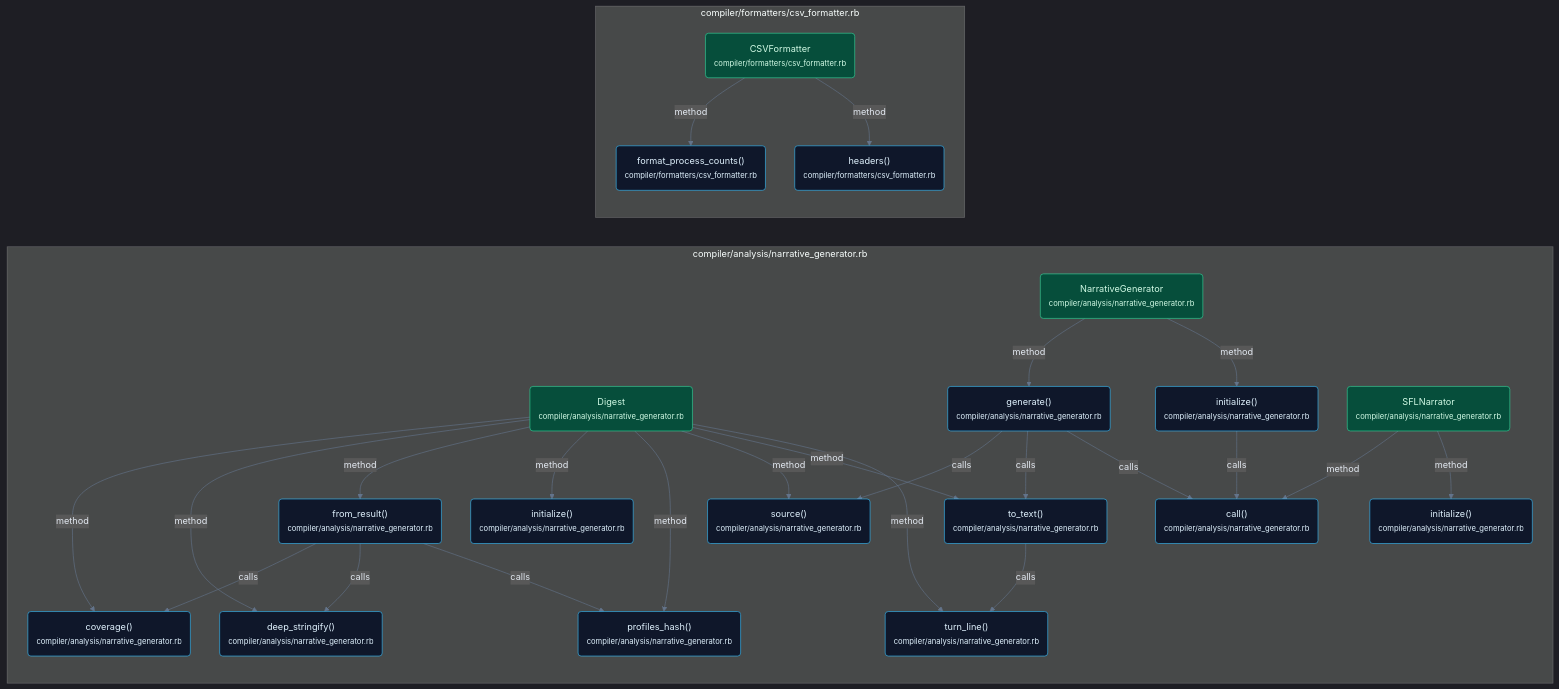
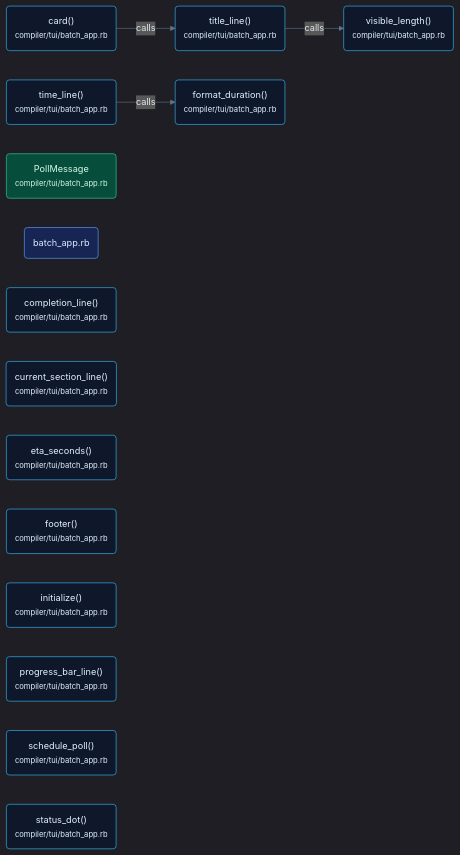
One commit to b08x/ruby-sfl-compiler changed the diagram in docs/diagrams/callflow_9.mmd. Above: the diagram before and after it, drawn with Mermaid. The commit also changed 26 other files, not shown here.

First line of the commit message:
📝 docs: document modules, update architecture and roadmap

```diff
--- a/docs/diagrams/callflow_9.mmd
+++ b/docs/diagrams/callflow_9.mmd
@@ -1,75 +1,45 @@
 %%{init: {"theme": "dark", "themeVariables": {"fontSize": "15.0px", "fontFamily": "Segoe UI, system-ui, sans-serif", "primaryColor": "#1e293b", "primaryTextColor": "#e2e8f0", "primaryBorderColor": "#38bdf8", "secondaryColor": "#0f172a", "tertiaryColor": "#334155", "lineColor": "#64748b", "textColor": "#e2e8f0"}, "flowchart": {"htmlLabels": true, "curve": "basis", "nodeSpacing": 48, "rankSpacing": 64, "padding": 14, "diagramPadding": 10, "useMaxWidth": true}}}%%
 flowchart LR
-    %% Section: Conversation Analysis (27 nodes, 37 edges)
-    subgraph conversation_analysis_compiler_analysis_narrativ_4453dc56["compiler/analysis/narrative_generator.rb"]
-        analysis_narrative_generator_digest_de4de09b("Digest<br/><small>compiler/analysis/narrative_generator.rb</small>")
-        analysis_narrative_generator_digest_from_result_25a0b57f("from_result()<br/><small>compiler/analysis/narrative_generator.rb</small>")
-        analysis_narrative_generator_narrativegenerator_c8f33c62("generate()<br/><small>compiler/analysis/narrative_generator.rb</small>")
-        analysis_narrative_generator_narrativegenerator_faf2d70e("NarrativeGenerator<br/><small>compiler/analysis/narrative_generator.rb</small>")
-        analysis_narrative_generator_sflnarrator_2b7404e6("SFLNarrator<br/><small>compiler/analysis/narrative_generator.rb</small>")
-        analysis_narrative_generator_narrativegenerator_f8107ada("initialize()<br/><small>compiler/analysis/narrative_generator.rb</small>")
-        analysis_narrative_generator_sflnarrator_call_3518a2d2("call()<br/><small>compiler/analysis/narrative_generator.rb</small>")
-        analysis_narrative_generator_digest_source_c5591de9("source()<br/><small>compiler/analysis/narrative_generator.rb</small>")
-        analysis_narrative_generator_digest_to_text_ec47dea8("to_text()<br/><small>compiler/analysis/narrative_generator.rb</small>")
-        analysis_narrative_generator_digest_coverage_c23d0b19("coverage()<br/><small>compiler/analysis/narrative_generator.rb</small>")
-        analysis_narrative_generator_digest_deep_stringi_45daccf7("deep_stringify()<br/><small>compiler/analysis/narrative_generator.rb</small>")
-        analysis_narrative_generator_digest_initialize_09b676aa("initialize()<br/><small>compiler/analysis/narrative_generator.rb</small>")
-        analysis_narrative_generator_digest_profiles_has_41c5ffb4("profiles_hash()<br/><small>compiler/analysis/narrative_generator.rb</small>")
-        analysis_narrative_generator_digest_turn_line_d825a90e("turn_line()<br/><small>compiler/analysis/narrative_generator.rb</small>")
-        analysis_narrative_generator_sflnarrator_initial_c3df9c83("initialize()<br/><small>compiler/analysis/narrative_generator.rb</small>")
-    end
-    subgraph conversation_analysis_compiler_formatters_csv_fo_969c9aac["compiler/formatters/csv_formatter.rb"]
-        formatters_csv_formatter_csvformatter_3f1012c3("CSVFormatter<br/><small>compiler/formatters/csv_formatter.rb</small>")
-        formatters_csv_formatter_csvformatter_format_pro_e1c31950("format_process_counts()<br/><small>compiler/formatters/csv_formatter.rb</small>")
-        formatters_csv_formatter_csvformatter_headers_eaec50ca("headers()<br/><small>compiler/formatters/csv_formatter.rb</small>")
-    end
-    analysis_narrative_generator_narrativegenerator_faf2d70e -->|method| analysis_narrative_generator_narrativegenerator_c8f33c62
-    analysis_narrative_generator_narrativegenerator_faf2d70e -->|method| analysis_narrative_generator_narrativegenerator_f8107ada
-    analysis_narrative_generator_narrativegenerator_f8107ada -->|calls| analysis_narrative_generator_sflnarrator_call_3518a2d2
-    analysis_narrative_generator_narrativegenerator_c8f33c62 -->|calls| analysis_narrative_generator_digest_source_c5591de9
-    analysis_narrative_generator_narrativegenerator_c8f33c62 -->|calls| analysis_narrative_generator_digest_to_text_ec47dea8
-    analysis_narrative_generator_narrativegenerator_c8f33c62 -->|calls| analysis_narrative_generator_sflnarrator_call_3518a2d2
-    analysis_narrative_generator_digest_de4de09b -->|method| analysis_narrative_generator_digest_coverage_c23d0b19
-    analysis_narrative_generator_digest_de4de09b -->|method| analysis_narrative_generator_digest_deep_stringi_45daccf7
-    analysis_narrative_generator_digest_de4de09b -->|method| analysis_narrative_generator_digest_from_result_25a0b57f
-    analysis_narrative_generator_digest_de4de09b -->|method| analysis_narrative_generator_digest_initialize_09b676aa
-    analysis_narrative_generator_digest_de4de09b -->|method| analysis_narrative_generator_digest_profiles_has_41c5ffb4
-    analysis_narrative_generator_digest_de4de09b -->|method| analysis_narrative_generator_digest_source_c5591de9
-    analysis_narrative_generator_digest_de4de09b -->|method| analysis_narrative_generator_digest_to_text_ec47dea8
-    analysis_narrative_generator_digest_de4de09b -->|method| analysis_narrative_generator_digest_turn_line_d825a90e
-    analysis_narrative_generator_digest_from_result_25a0b57f -->|calls| analysis_narrative_generator_digest_coverage_c23d0b19
-    analysis_narrative_generator_digest_from_result_25a0b57f -->|calls| analysis_narrative_generator_digest_deep_stringi_45daccf7
-    analysis_narrative_generator_digest_from_result_25a0b57f -->|calls| analysis_narrative_generator_digest_profiles_has_41c5ffb4
-    analysis_narrative_generator_digest_to_text_ec47dea8 -->|calls| analysis_narrative_generator_digest_turn_line_d825a90e
-    analysis_narrative_generator_sflnarrator_2b7404e6 -->|method| analysis_narrative_generator_sflnarrator_call_3518a2d2
-    analysis_narrative_generator_sflnarrator_2b7404e6 -->|method| analysis_narrative_generator_sflnarrator_initial_c3df9c83
-    formatters_csv_formatter_csvformatter_3f1012c3 -->|method| formatters_csv_formatter_csvformatter_format_pro_e1c31950
-    formatters_csv_formatter_csvformatter_3f1012c3 -->|method| formatters_csv_formatter_csvformatter_headers_eaec50ca
-    %% Omitted for readability: 9 nodes, 0 edges
-    class analysis_narrative_generator_digest_de4de09b klass;
-    class analysis_narrative_generator_digest_from_result_25a0b57f function;
-    class analysis_narrative_generator_narrativegenerator_c8f33c62 function;
-    class analysis_narrative_generator_narrativegenerator_faf2d70e klass;
-    class analysis_narrative_generator_sflnarrator_2b7404e6 klass;
-    class analysis_narrative_generator_narrativegenerator_f8107ada function;
-    class analysis_narrative_generator_sflnarrator_call_3518a2d2 function;
-    class analysis_narrative_generator_digest_source_c5591de9 function;
-    class analysis_narrative_generator_digest_to_text_ec47dea8 function;
-    class analysis_narrative_generator_digest_coverage_c23d0b19 function;
-    class analysis_narrative_generator_digest_deep_stringi_45daccf7 function;
-    class analysis_narrative_generator_digest_initialize_09b676aa function;
-    class analysis_narrative_generator_digest_profiles_has_41c5ffb4 function;
-    class analysis_narrative_generator_digest_turn_line_d825a90e function;
-    class analysis_narrative_generator_sflnarrator_initial_c3df9c83 function;
-    class formatters_csv_formatter_csvformatter_3f1012c3 klass;
-    class formatters_csv_formatter_csvformatter_format_pro_e1c31950 function;
-    class formatters_csv_formatter_csvformatter_headers_eaec50ca function;
+    %% Section: Types & Structs (15 nodes, 17 edges)
+    tui_batch_app_card_31584312("card()<br/><small>compiler/tui/batch_app.rb</small>")
+    tui_batch_app_time_line_8bf791e9("time_line()<br/><small>compiler/tui/batch_app.rb</small>")
+    tui_batch_app_title_line_945d47a5("title_line()<br/><small>compiler/tui/batch_app.rb</small>")
+    tui_batch_app_visible_length_3d00c07a("visible_length()<br/><small>compiler/tui/batch_app.rb</small>")
+    tui_batch_app_format_duration_0432e9fa("format_duration()<br/><small>compiler/tui/batch_app.rb</small>")
+    tui_batch_app_pollmessage_4460bc49("PollMessage<br/><small>compiler/tui/batch_app.rb</small>")
+    tui_batch_app_9c8cec9d("batch_app.rb")
+    tui_batch_app_completion_line_81b790ed("completion_line()<br/><small>compiler/tui/batch_app.rb</small>")
+    tui_batch_app_current_section_line_e0e07588("current_section_line()<br/><small>compiler/tui/batch_app.rb</small>")
+    tui_batch_app_eta_seconds_8cb850af("eta_seconds()<br/><small>compiler/tui/batch_app.rb</small>")
+    tui_batch_app_footer_5de954a8("footer()<br/><small>compiler/tui/batch_app.rb</small>")
+    tui_batch_app_initialize_a508b62f("initialize()<br/><small>compiler/tui/batch_app.rb</small>")
+    tui_batch_app_progress_bar_line_c11c8262("progress_bar_line()<br/><small>compiler/tui/batch_app.rb</small>")
+    tui_batch_app_schedule_poll_17cbfdc1("schedule_poll()<br/><small>compiler/tui/batch_app.rb</small>")
+    tui_batch_app_status_dot_ba537994("status_dot()<br/><small>compiler/tui/batch_app.rb</small>")
+    tui_batch_app_card_31584312 -->|calls| tui_batch_app_title_line_945d47a5
+    tui_batch_app_title_line_945d47a5 -->|calls| tui_batch_app_visible_length_3d00c07a
+    tui_batch_app_time_line_8bf791e9 -->|calls| tui_batch_app_format_duration_0432e9fa
+    class tui_batch_app_card_31584312 function;
+    class tui_batch_app_time_line_8bf791e9 function;
+    class tui_batch_app_title_line_945d47a5 function;
+    class tui_batch_app_visible_length_3d00c07a function;
+    class tui_batch_app_format_duration_0432e9fa function;
+    class tui_batch_app_pollmessage_4460bc49 klass;
+    class tui_batch_app_9c8cec9d module;
+    class tui_batch_app_completion_line_81b790ed function;
+    class tui_batch_app_current_section_line_e0e07588 function;
+    class tui_batch_app_eta_seconds_8cb850af function;
+    class tui_batch_app_footer_5de954a8 function;
+    class tui_batch_app_initialize_a508b62f function;
+    class tui_batch_app_progress_bar_line_c11c8262 function;
+    class tui_batch_app_schedule_poll_17cbfdc1 function;
+    class tui_batch_app_status_dot_ba537994 function;
     classDef entry fill:#422006,stroke:#fbbf24,color:#fde68a,stroke-width:1px;
     classDef api fill:#450a0a,stroke:#f87171,color:#fee2e2,stroke-width:1px;
     classDef async fill:#2e1065,stroke:#a78bfa,color:#ede9fe,stroke-width:1px;
     classDef klass fill:#064e3b,stroke:#34d399,color:#d1fae5,stroke-width:1px;
     classDef ui fill:#831843,stroke:#f472b6,color:#fce7f3,stroke-width:1px;
     classDef module fill:#172554,stroke:#60a5fa,color:#dbeafe,stroke-width:1px;
     classDef test fill:#3f3f46,stroke:#a1a1aa,color:#f4f4f5,stroke-width:1px;
     classDef concept fill:#292524,stroke:#a8a29e,color:#fafaf9,stroke-dasharray:4 3;
     classDef function fill:#0f172a,stroke:#38bdf8,color:#e0f2fe,stroke-width:1px;
```
